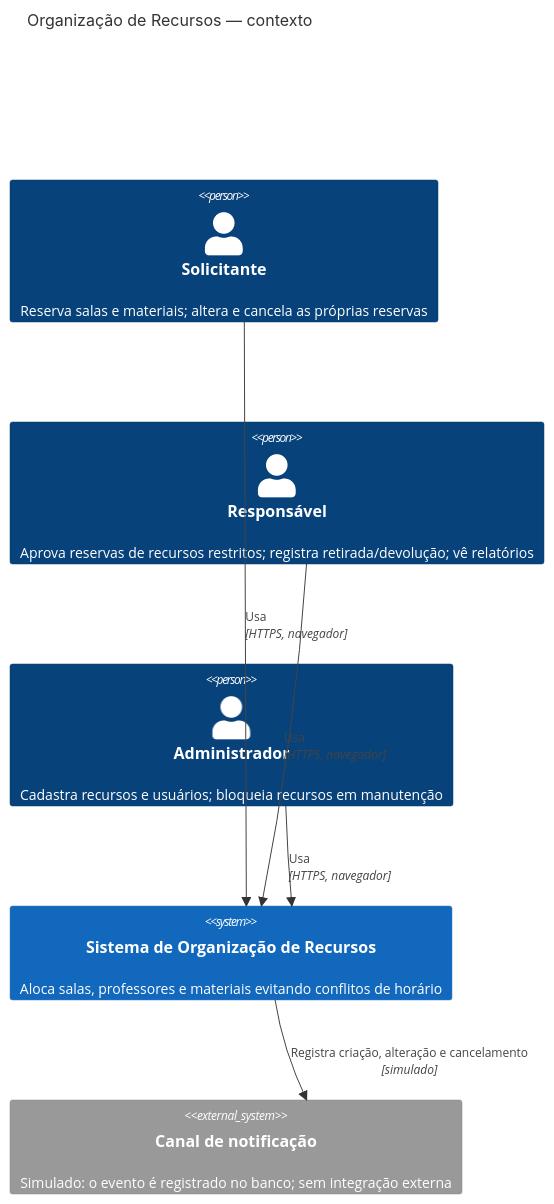
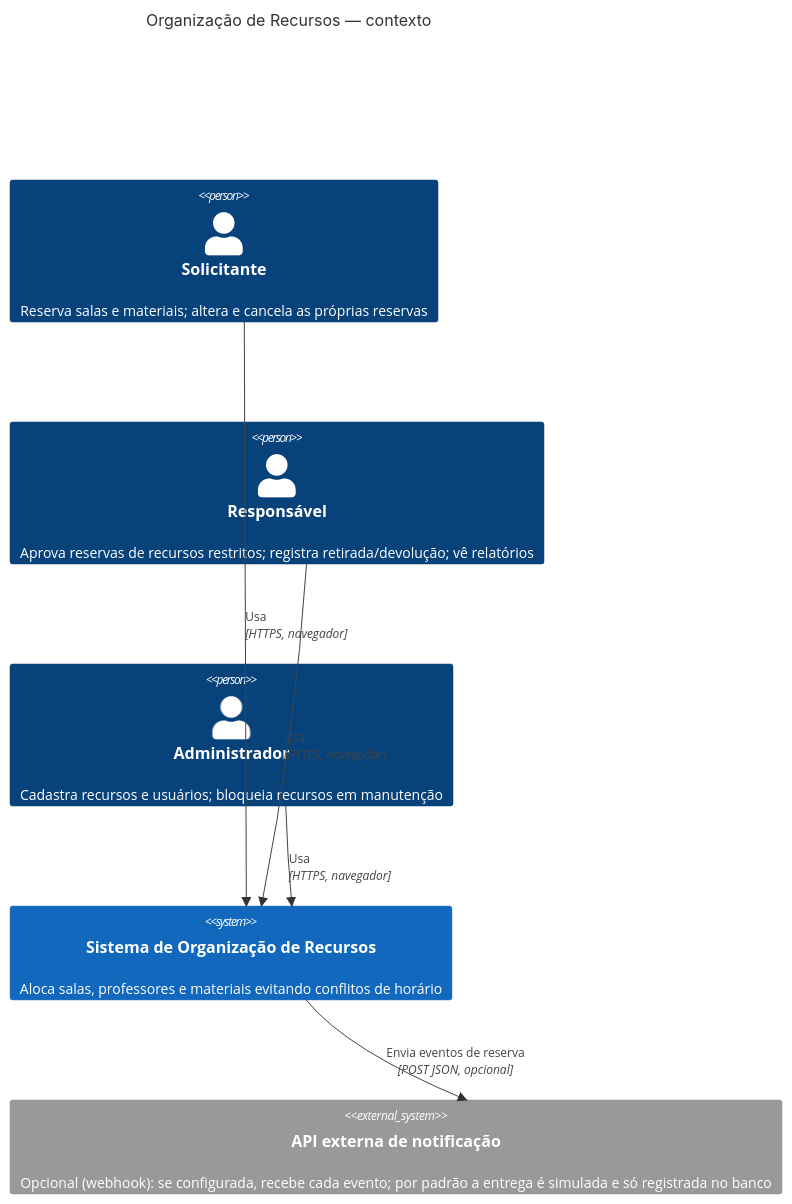
One commit to nathanfliberatti/Organizacao_de_recursos_QA changed the first of 10 diagrams in docs/arquitetura-implementada.md. Above: the diagram before and after it, drawn with Mermaid. The commit also changed other lines of this file and 76 other files, not shown here.

````diff
--- a/docs/arquitetura-implementada.md
+++ b/docs/arquitetura-implementada.md
@@ -9,13 +9,13 @@
 ```mermaid
 C4Context
   title Organização de Recursos — contexto
   Person(solicitante, "Solicitante", "Reserva salas e materiais; altera e cancela as próprias reservas")
   Person(responsavel, "Responsável", "Aprova reservas de recursos restritos; registra retirada/devolução; vê relatórios")
   Person(admin, "Administrador", "Cadastra recursos e usuários; bloqueia recursos em manutenção")
   System(sistema, "Sistema de Organização de Recursos", "Aloca salas, professores e materiais evitando conflitos de horário")
-  System_Ext(notificacao, "Canal de notificação", "Simulado: o evento é registrado no banco; sem integração externa")
+  System_Ext(notificacao, "API externa de notificação", "Opcional (webhook): se configurada, recebe cada evento; por padrão a entrega é simulada e só registrada no banco")
   Rel(solicitante, sistema, "Usa", "HTTPS, navegador")
   Rel(responsavel, sistema, "Usa", "HTTPS, navegador")
   Rel(admin, sistema, "Usa", "HTTPS, navegador")
-  Rel(sistema, notificacao, "Registra criação, alteração e cancelamento", "simulado")
+  Rel(sistema, notificacao, "Envia eventos de reserva", "POST JSON, opcional")
 ```
````
